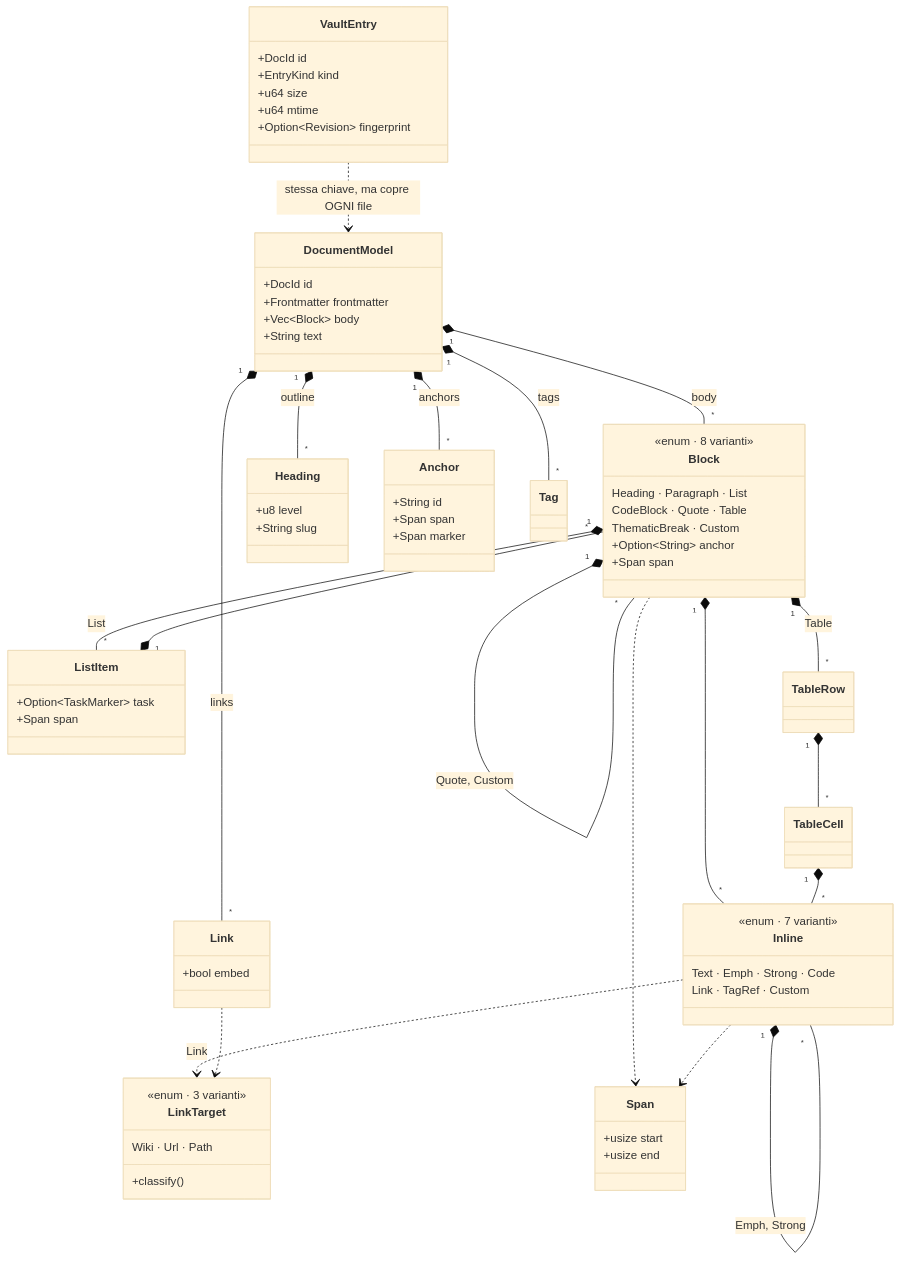
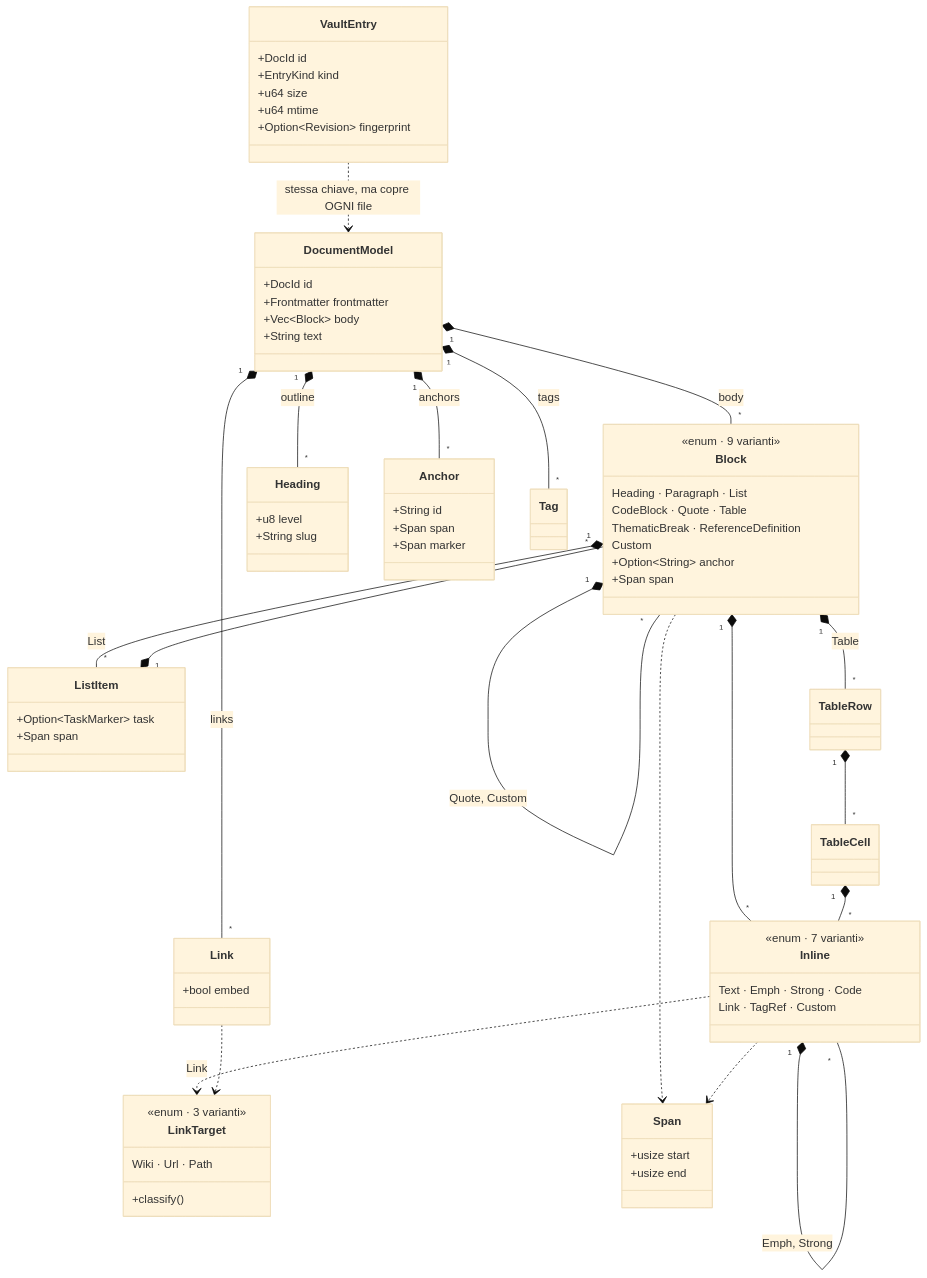
The first of 2 diagrams in docs/architecture/data-model.md (Fubeo/Fub), drawn with Mermaid (base theme) before and after one commit. The commit also changed other lines of this file and 12 other files, not shown here.

Commit message:
fix(markdown): conserva le reference definition

````diff
--- a/docs/architecture/data-model.md
+++ b/docs/architecture/data-model.md
@@ -172,77 +172,78 @@
 ```mermaid
 classDiagram
     direction TB
     class DocumentModel {
         +DocId id
         +Frontmatter frontmatter
         +Vec~Block~ body
         +String text
     }
     class Block {
-        <<enum · 8 varianti>>
+        <<enum · 9 varianti>>
         Heading · Paragraph · List
         CodeBlock · Quote · Table
-        ThematicBreak · Custom
+        ThematicBreak · ReferenceDefinition
+        Custom
         +Option~String~ anchor
         +Span span
     }
     class Inline {
         <<enum · 7 varianti>>
         Text · Emph · Strong · Code
         Link · TagRef · Custom
     }
     class LinkTarget {
         <<enum · 3 varianti>>
         Wiki · Url · Path
         +classify()
     }
     class ListItem {
         +Option~TaskMarker~ task
         +Span span
     }
     class TableRow
     class TableCell
     class Heading {
         +u8 level
         +String slug
     }
     class Anchor {
         +String id
         +Span span
         +Span marker
     }
     class Link {
         +bool embed
     }
     class Tag
     class Span {
         +usize start
         +usize end
     }
     class VaultEntry {
         +DocId id
         +EntryKind kind
         +u64 size
         +u64 mtime
         +Option~Revision~ fingerprint
     }
 
     DocumentModel "1" *-- "*" Block : body
     DocumentModel "1" *-- "*" Heading : outline
     DocumentModel "1" *-- "*" Link : links
     DocumentModel "1" *-- "*" Tag : tags
     DocumentModel "1" *-- "*" Anchor : anchors
     Block "1" *-- "*" Inline
     Block "1" *-- "*" Block : Quote, Custom
     Block "1" *-- "*" ListItem : List
     Block "1" *-- "*" TableRow : Table
     ListItem "1" *-- "*" Block
     TableRow "1" *-- "*" TableCell
     TableCell "1" *-- "*" Inline
     Inline "1" *-- "*" Inline : Emph, Strong
     Inline ..> LinkTarget : Link
     Link ..> LinkTarget
     Block ..> Span
     Inline ..> Span
     VaultEntry ..> DocumentModel : stessa chiave, ma copre OGNI file
 ```
````
